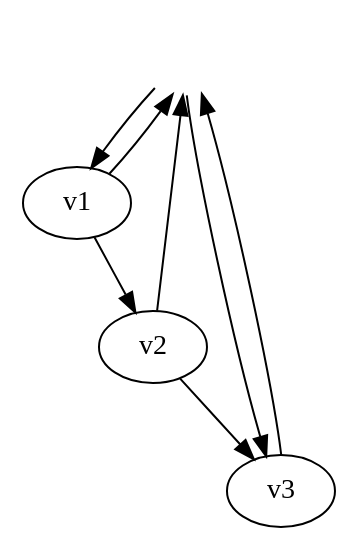
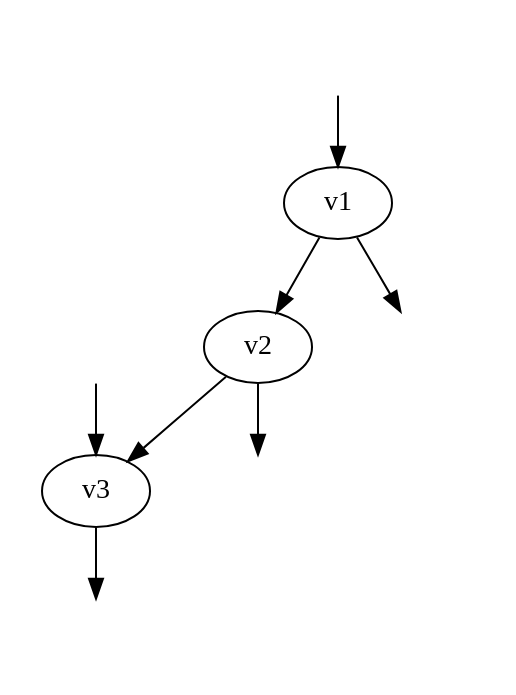
The diagram in AmplitudeSubtractionBenchmark/dot_graphs/qqx_aaa_tree_user_numerator.dot (alphal00p/alphaLoopMisc), drawn with Graphviz before and after one commit. The commit also changed other lines of this file and 14 other files, not shown here.

```diff
--- a/AmplitudeSubtractionBenchmark/dot_graphs/qqx_aaa_tree_user_numerator.dot
+++ b/AmplitudeSubtractionBenchmark/dot_graphs/qqx_aaa_tree_user_numerator.dot
@@ -1,13 +1,21 @@
-digraph qqx_aaa_tree_1 {
-ext [style=invis];
-ext -> v1:1 [particle="d", id=1];
-ext -> v3:2 [particle="d~", id=2];
-v1:3 -> ext [particle="a", id=3];
-v2:4 -> ext [particle="a", id=4];
-v3:0 -> ext [particle="a", id=0];
-v1 -> v2 [particle="d", id=5];
-v2 -> v3 [particle="d", id=6];
-graph [num="-1/27*_gammaloop::Q(5,spenso::mink(4,_gammaloop::edge(5,1)))*_gammaloop::Q(6,spenso::mink(4,_gammaloop::edge(6,1)))*_gammaloop::ee^3*spenso::g(spenso::cof(3,_gammaloop::hedge(1)),spenso::dind(spenso::cof(3,_gammaloop::hedge(5))))*spenso::g(spenso::cof(3,_gammaloop::hedge(5)),spenso::dind(spenso::cof(3,_gammaloop::hedge(6))))*spenso::g(spenso::cof(3,_gammaloop::hedge(6)),spenso::dind(spenso::cof(3,_gammaloop::hedge(7))))*spenso::g(spenso::cof(3,_gammaloop::hedge(7)),spenso::dind(spenso::cof(3,_gammaloop::hedge(8))))*spenso::g(spenso::cof(3,_gammaloop::hedge(8)),spenso::dind(spenso::cof(3,_gammaloop::hedge(2))))*spenso::gamma(spenso::bis(4,_gammaloop::hedge(1)),spenso::bis(4,_gammaloop::hedge(5)),spenso::mink(4,_gammaloop::hedge(3)))*spenso::gamma(spenso::bis(4,_gammaloop::hedge(5)),spenso::bis(4,_gammaloop::hedge(6)),spenso::mink(4,_gammaloop::edge(5,1)))*spenso::gamma(spenso::bis(4,_gammaloop::hedge(6)),spenso::bis(4,_gammaloop::hedge(7)),spenso::mink(4,_gammaloop::hedge(4)))*spenso::gamma(spenso::bis(4,_gammaloop::hedge(7)),spenso::bis(4,_gammaloop::hedge(8)),spenso::mink(4,_gammaloop::edge(6,1)))*spenso::gamma(spenso::bis(4,_gammaloop::hedge(8)),spenso::bis(4,_gammaloop::hedge(2)),spenso::mink(4,_gammaloop::hedge(0)))", overall_factor="1", projector="1/3*_gammaloop::u(1,spenso::bis(4,_gammaloop::hedge(1)))*_gammaloop::vbar(2,spenso::bis(4,_gammaloop::hedge(2)))*_gammaloop::ϵbar(0,spenso::mink(4,_gammaloop::hedge(0)))*_gammaloop::ϵbar(3,spenso::mink(4,_gammaloop::hedge(3)))*_gammaloop::ϵbar(4,spenso::mink(4,_gammaloop::hedge(4)))*spenso::g(spenso::cof(3,_gammaloop::hedge(1)),spenso::dind(spenso::cof(3,_gammaloop::hedge(2))))"];
-edge [num="1"];
-node [num="1"];
+digraph qqx_aaa_tree_1{
+    num = "-1/27*ee^3*spenso::g(spenso::dind(spenso::cof(3,hedge(2))),spenso::cof(3,hedge(8)))*spenso::g(spenso::dind(spenso::cof(3,hedge(5))),spenso::cof(3,hedge(1)))*spenso::g(spenso::dind(spenso::cof(3,hedge(6))),spenso::cof(3,hedge(5)))*spenso::g(spenso::dind(spenso::cof(3,hedge(7))),spenso::cof(3,hedge(6)))*spenso::g(spenso::dind(spenso::cof(3,hedge(8))),spenso::cof(3,hedge(7)))*spenso::gamma(spenso::bis(4,hedge(2)),spenso::bis(4,hedge(8)),spenso::mink(4,hedge(0)))*spenso::gamma(spenso::bis(4,hedge(5)),spenso::bis(4,hedge(1)),spenso::mink(4,hedge(3)))*spenso::gamma(spenso::bis(4,hedge(7)),spenso::bis(4,hedge(6)),spenso::mink(4,hedge(4)))*spenso::gamma(spenso::bis(4,hedge(6)),spenso::bis(4,hedge(5)),spenso::mink(4,edge(5,1)))*spenso::gamma(spenso::bis(4,hedge(8)),spenso::bis(4,hedge(7)),spenso::mink(4,edge(6,1)))*Q(5,spenso::mink(4,edge(5,1)))*Q(6,spenso::mink(4,edge(6,1)))";
+    overall_factor = "1";
+    projector = "1/3*spenso::g(spenso::dind(spenso::cof(3,hedge(2))),spenso::cof(3,hedge(1)))*u(1,spenso::bis(4,hedge(1)))*vbar(2,spenso::bis(4,hedge(2)))*ϵbar(0,spenso::mink(4,hedge(0)))*ϵbar(3,spenso::mink(4,hedge(3)))*ϵbar(4,spenso::mink(4,hedge(4)))";
+
+	v1 [dod=0 num="1"];
+	v2 [dod=0 num="1"];
+	v3 [dod=0 num="1"];
+	exte0	 [style=invis];
+	v3:0	-> exte0	 [id=0 source=0  dod=-2 is_dummy=false lmb_rep="P(1,a___)+P(2,a___)-P(3,a___)-P(4,a___)" name=e0 num="1" particle="a"];
+	exte1	 [style=invis];
+	exte1	-> v1:1	 [id=1 sink=0  dod=-2 is_dummy=false lmb_rep="P(1,a___)" name=e1 num="1" particle="d"];
+	exte2	 [style=invis];
+	exte2	-> v3:2	 [id=2 sink=1  dod=-2 is_dummy=false lmb_rep="P(2,a___)" name=e2 num="1" particle="d~"];
+	exte3	 [style=invis];
+	v1:3	-> exte3	 [id=3 source=1  dod=-2 is_dummy=false lmb_rep="P(3,a___)" name=e3 num="1" particle="a"];
+	exte4	 [style=invis];
+	v2:4	-> exte4	 [id=4 source=0  dod=-2 is_dummy=false lmb_rep="P(4,a___)" name=e4 num="1" particle="a"];
+	v1:5	-> v2:6	 [id=5 source=2 sink=1  dod=-2 is_dummy=false lmb_rep="P(1,a___)-P(3,a___)" name=e5 num="1" particle="d"];
+	v2:7	-> v3:8	 [id=6 source=2 sink=2  dod=-2 is_dummy=false lmb_rep="P(1,a___)-P(3,a___)-P(4,a___)" name=e6 num="1" particle="d"];
 }
```
